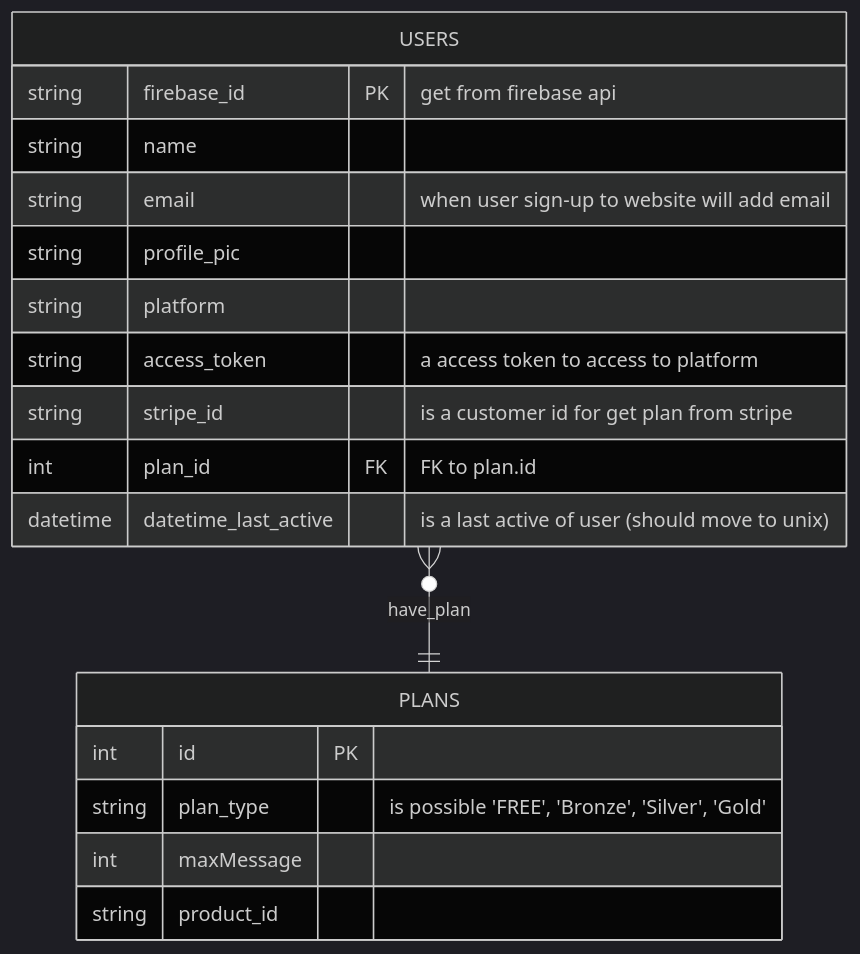
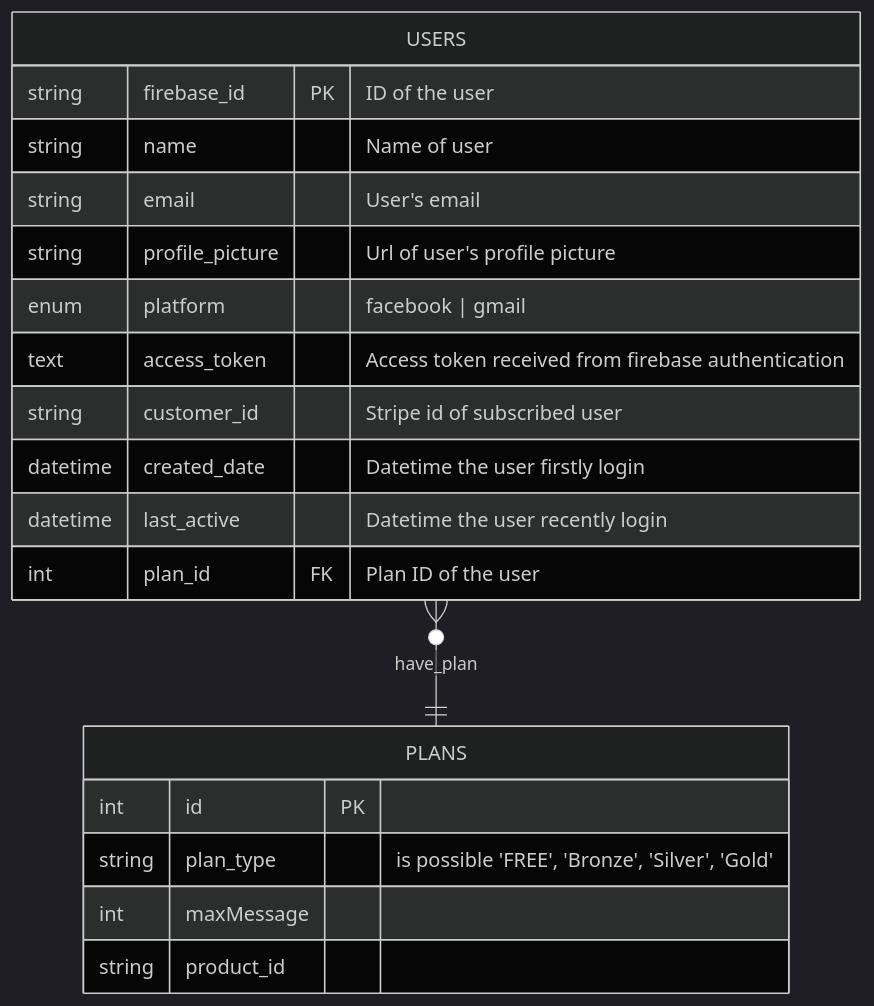
Before and after one commit to promptlabth/docs-of-all: the diagram in erDiagrams/users.md, drawn with Mermaid (dark theme). The commit also changed 2 other files, not shown here.

Commit message:
feat: add user db design

````diff
--- a/erDiagrams/users.md
+++ b/erDiagrams/users.md
@@ -2,21 +2,23 @@
 ```mermaid
     erDiagram
     USERS }o--|| PLANS : have_plan
     USERS {
-        string firebase_id PK "get from firebase api"
-        string name 
-        string email "when user sign-up to website will add email"
-        string profile_pic
-        string platform
-        string access_token "a access token to access to platform"
-        string stripe_id "is a customer id for get plan from stripe"
-        int plan_id FK "FK to plan.id"
-        datetime datetime_last_active "is a last active of user (should move to unix)"
+
+        string firebase_id PK "ID of the user"
+        string name "Name of user"
+        string email "User's email"
+        string profile_picture "Url of user's profile picture"
+        enum platform "facebook | gmail"
+        text access_token "Access token received from firebase authentication"
+        string customer_id "Stripe id of subscribed user"
+        datetime created_date   "Datetime the user firstly login"
+        datetime last_active "Datetime the user recently login"
+        int plan_id FK "Plan ID of the user"
     }
     PLANS{
         int id PK 
         string plan_type "is possible 'FREE', 'Bronze', 'Silver', 'Gold'"
         int maxMessage 
         string product_id 
     }
 ```
````
